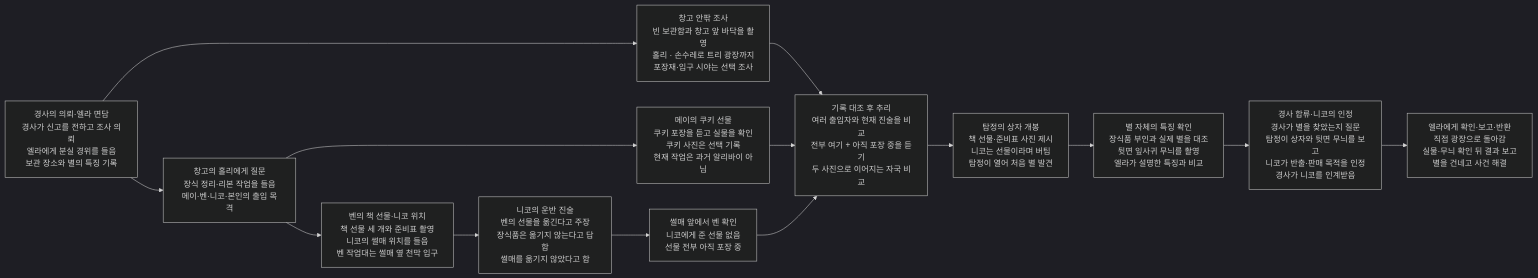
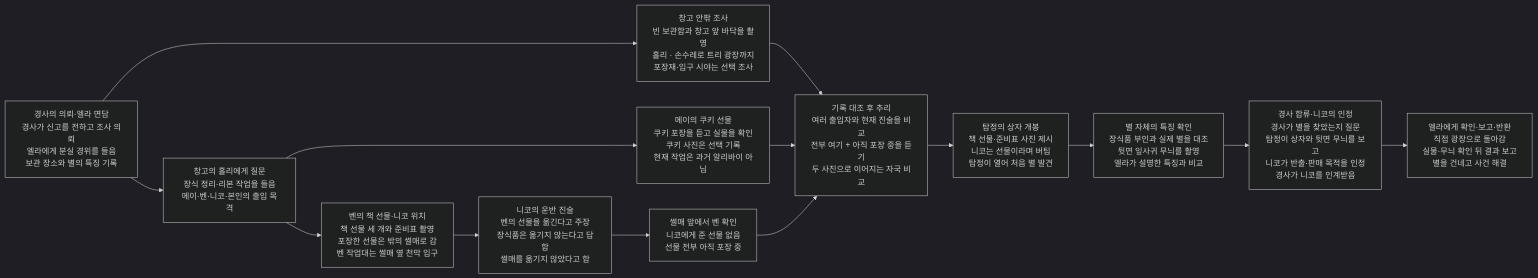
The second of 2 diagrams in design/case-10-christmas-star.md (wonny95/detective-v2), drawn with Mermaid (dark theme) before and after one commit. The commit also changed other lines of this file and 2 other files, not shown here.

````diff
--- a/design/case-10-christmas-star.md
+++ b/design/case-10-christmas-star.md
@@ -47,28 +47,28 @@
 ```mermaid
 flowchart LR
     s1["경사의 의뢰·엘라 면담<br/>경사가 신고를 전하고 조사 의뢰<br/>엘라에게 분실 경위를 들음<br/>보관 장소와 별의 특징 기록"]
     s2["창고의 홀리에게 질문<br/>장식 정리·리본 작업을 들음<br/>메이·벤·니코·본인의 출입 목격"]
     s3["창고 안팎 조사<br/>빈 보관함과 창고 앞 바닥을 촬영<br/>홀리 · 손수레로 트리 광장까지<br/>포장재·입구 시야는 선택 조사"]
     s4["메이의 쿠키 선물<br/>쿠키 포장을 듣고 실물을 확인<br/>쿠키 사진은 선택 기록<br/>현재 작업은 과거 알리바이 아님"]
-    s5["벤의 책 선물·니코 위치<br/>책 선물 세 개와 준비표 촬영<br/>니코의 썰매 위치를 들음<br/>벤 작업대는 썰매 옆 천막 입구"]
+    s5["벤의 책 선물·니코 위치<br/>책 선물 세 개와 준비표 촬영<br/>포장한 선물은 밖의 썰매로 감<br/>벤 작업대는 썰매 옆 천막 입구"]
     s6["니코의 운반 진술<br/>벤의 선물을 옮긴다고 주장<br/>장식품은 옮기지 않는다고 답함<br/>썰매를 옮기지 않았다고 함"]
     s7["썰매 앞에서 벤 확인<br/>니코에게 준 선물 없음<br/>선물 전부 아직 포장 중"]
     s8["기록 대조 후 추리<br/>여러 출입자와 현재 진술을 비교<br/>전부 여기 + 아직 포장 중을 듣기<br/>두 사진으로 이어지는 자국 비교"]
     s9["탐정의 상자 개봉<br/>책 선물·준비표 사진 제시<br/>니코는 선물이라며 버팀<br/>탐정이 열어 처음 별 발견"]
     s10["별 자체의 특징 확인<br/>장식품 부인과 실제 별을 대조<br/>뒷면 잎사귀 무늬를 촬영<br/>엘라가 설명한 특징과 비교"]
     s11["경사 합류·니코의 인정<br/>경사가 별을 찾았는지 질문<br/>탐정이 상자와 뒷면 무늬를 보고<br/>니코가 반출·판매 목적을 인정<br/>경사가 니코를 인계받음"]
     s12["엘라에게 확인·보고·반환<br/>직접 광장으로 돌아감<br/>실물·무늬 확인 뒤 결과 보고<br/>별을 건네고 사건 해결"]
     s1 --> s2
     s1 --> s3
     s2 --> s4
     s2 --> s5
     s3 --> s8
     s4 --> s8
     s5 --> s6
     s6 --> s7
     s7 --> s8
     s8 --> s9
     s9 --> s10
     s10 --> s11
     s11 --> s12
 ```
````
